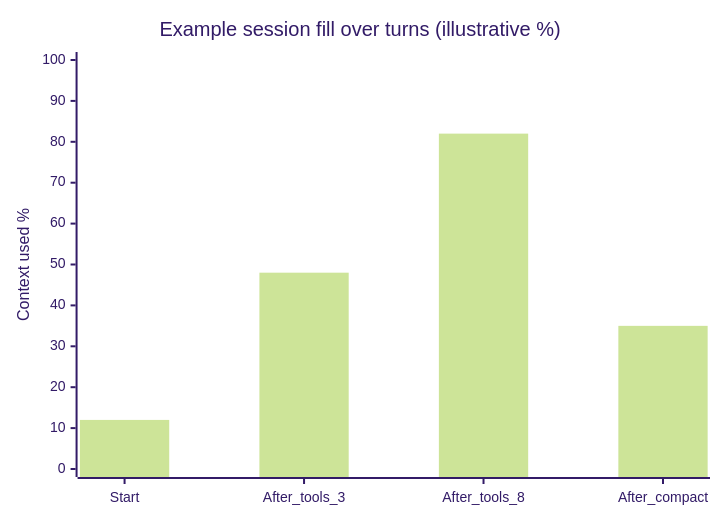
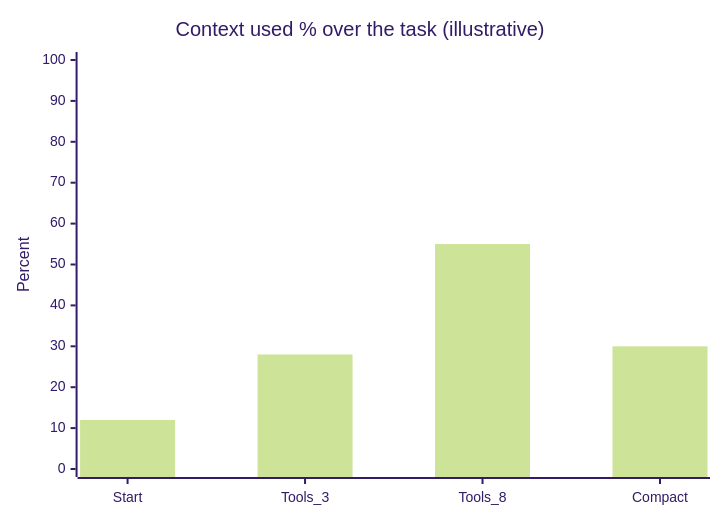
The third of 3 diagrams in docs/PROMPT_JOURNEY_WALKTHROUGH.md (hoodini/logan-cli), drawn with Mermaid (forest theme) before and after one commit. The commit also changed other lines of this file and 17 other files, not shown here.

````diff
--- a/docs/PROMPT_JOURNEY_WALKTHROUGH.md
+++ b/docs/PROMPT_JOURNEY_WALKTHROUGH.md
@@ -179,7 +304,7 @@
 ```mermaid
 xychart-beta
-  title "Example session fill over turns (illustrative %)"
-  x-axis [Start, After_tools_3, After_tools_8, After_compact]
-  y-axis "Context used %" 0 --> 100
-  bar [12, 48, 82, 35]
+  title "Context used % over the task (illustrative)"
+  x-axis [Start, Tools_3, Tools_8, Compact]
+  y-axis "Percent" 0 --> 100
+  bar [12, 28, 55, 30]
 ```
````
